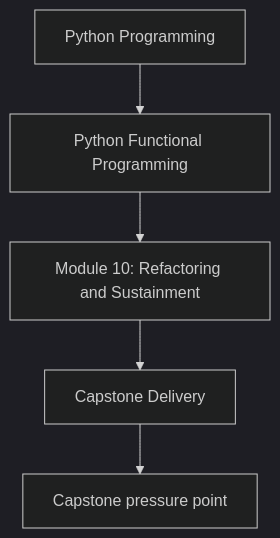
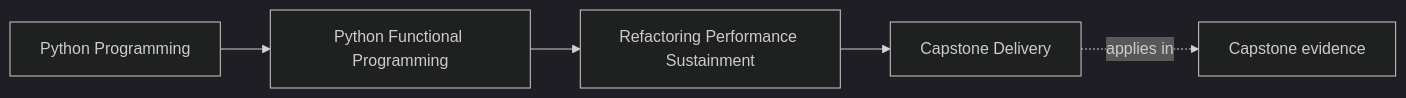
One commit to bijux/bijux-masterclass changed the first of 2 diagrams in programs/python-programming/python-functional-programming/course-book/module-10-refactoring-performance-sustainment/capstone-delivery.md. Above: the diagram before and after it, drawn with Mermaid (dark theme). The commit also changed other lines of this file and 108 other files, not shown here.

Commit message:
docs(python-functional-programming): map capstone and advanced design surfaces

````diff
--- a/programs/python-programming/python-functional-programming/course-book/module-10-refactoring-performance-sustainment/capstone-delivery.md
+++ b/programs/python-programming/python-functional-programming/course-book/module-10-refactoring-performance-sustainment/capstone-delivery.md
@@ -7,7 +7,11 @@
 ```mermaid
-flowchart TD
-  family["Python Programming"] --> program["Python Functional Programming"]
-  program --> module["Module 10: Refactoring and Sustainment"]
-  module --> concept["Capstone Delivery"]
-  concept --> capstone["Capstone pressure point"]
+graph LR
+  family["Python Programming"]
+  program["Python Functional Programming"]
+  section["Refactoring Performance Sustainment"]
+  page["Capstone Delivery"]
+  capstone["Capstone evidence"]
+
+  family --> program --> section --> page
+  page -.applies in.-> capstone
 ```
````
